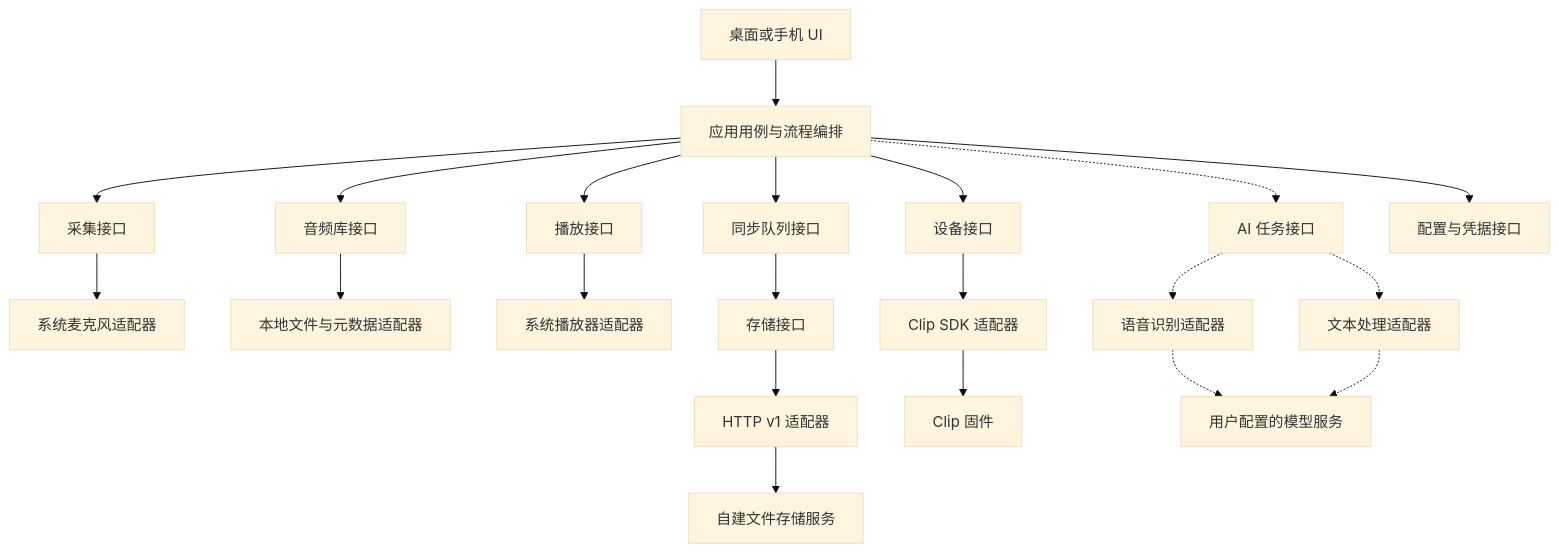
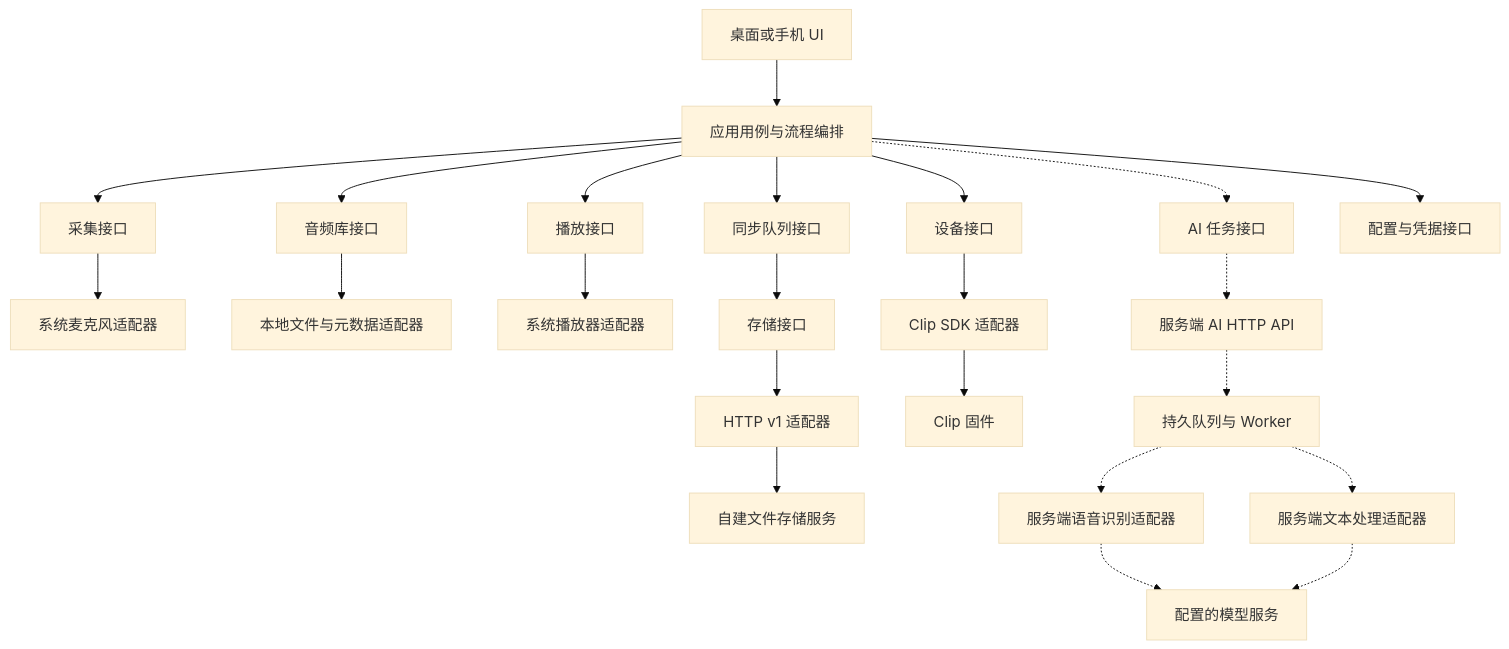
Before and after one commit to boboliu-1010/reSpeaker_Clip: the first of 2 diagrams in docs/superpowers/specs/2026-10-21-boa-voice-module-protocol-design.md, drawn with Mermaid (base theme). The commit also changed other lines of this file and 6 other files, not shown here.

````diff
--- a/docs/superpowers/specs/2026-10-21-boa-voice-module-protocol-design.md
+++ b/docs/superpowers/specs/2026-10-21-boa-voice-module-protocol-design.md
@@ -45,23 +45,25 @@
 ```mermaid
 flowchart TD
     UI[桌面或手机 UI] --> UC[应用用例与流程编排]
     UC --> CAP[采集接口]
     UC --> LIB[音频库接口]
     UC --> PLAY[播放接口]
     UC --> SYNC[同步队列接口]
     UC --> DEV[设备接口]
     UC -.-> JOB[AI 任务接口]
     CAP --> MIC[系统麦克风适配器]
     LIB --> FS[本地文件与元数据适配器]
     PLAY --> MEDIA[系统播放器适配器]
     SYNC --> STORE[存储接口]
     STORE --> HTTP[HTTP v1 适配器]
     HTTP --> SERVER[自建文件存储服务]
     DEV --> SDK[Clip SDK 适配器]
     SDK --> HW[Clip 固件]
-    JOB -.-> ASR[语音识别适配器]
-    JOB -.-> LLM[文本处理适配器]
-    ASR -.-> PROVIDER[用户配置的模型服务]
+    JOB -.-> API[服务端 AI HTTP API]
+    API -.-> WORKER[持久队列与 Worker]
+    WORKER -.-> ASR[服务端语音识别适配器]
+    WORKER -.-> LLM[服务端文本处理适配器]
+    ASR -.-> PROVIDER[配置的模型服务]
     LLM -.-> PROVIDER
     UC --> CFG[配置与凭据接口]
 ```
````
